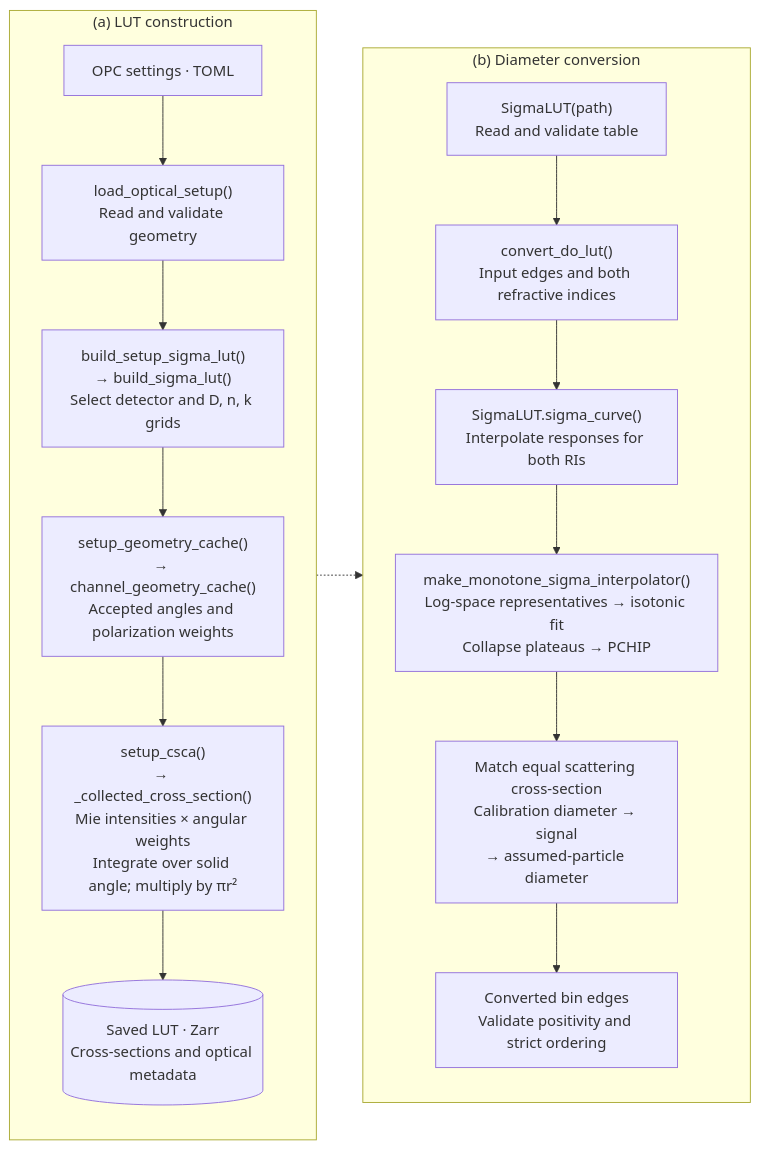
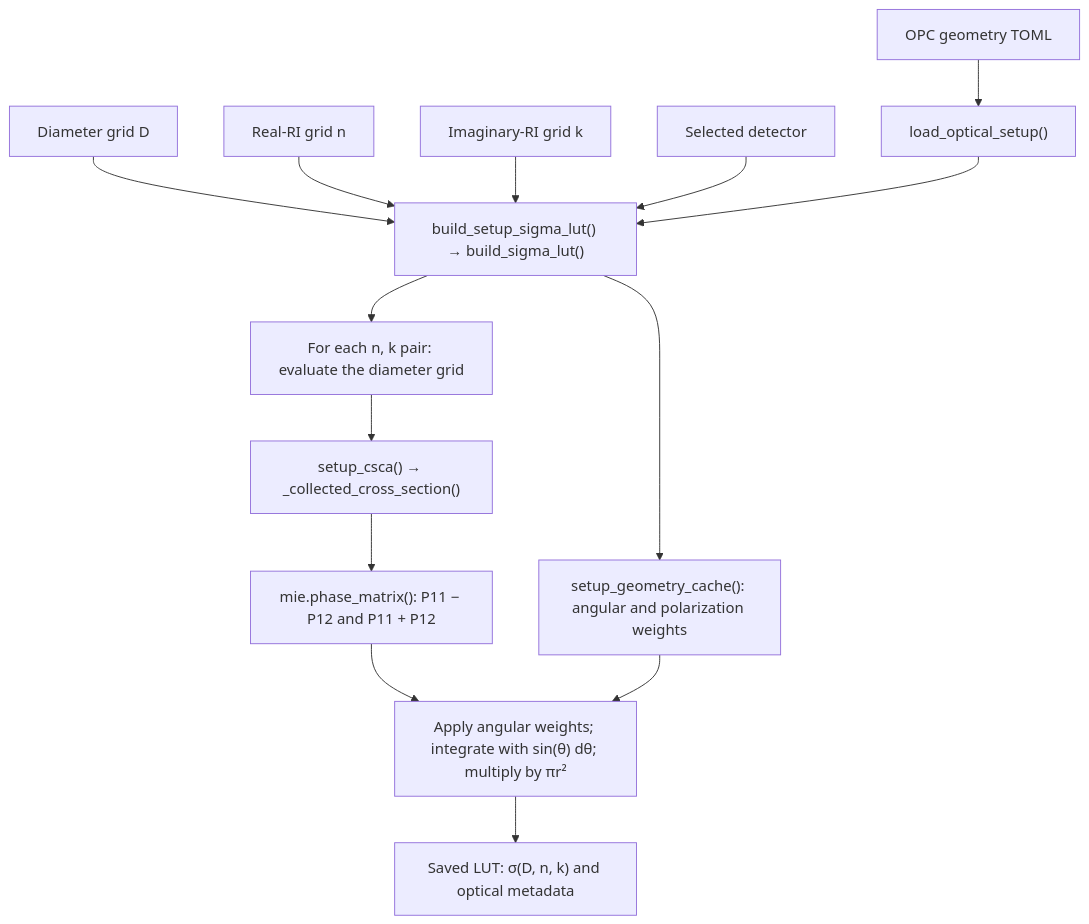
The first of 2 diagrams in docs/figures/optical_workflow.md (bochens/SizeDistMerge), drawn with Mermaid before and after one commit. The commit also changed other lines of this file and 7 other files, not shown here.

````diff
--- a/docs/figures/optical_workflow.md
+++ b/docs/figures/optical_workflow.md
@@ -10,20 +18,16 @@
 ```mermaid
-flowchart LR
-    subgraph A["(a) LUT construction"]
-        direction TB
-        T["OPC settings · TOML"] --> L["load_optical_setup()<br/>Read and validate geometry"]
-        L --> B["build_setup_sigma_lut()<br/>→ build_sigma_lut()<br/>Select detector and D, n, k grids"]
-        B --> C["setup_geometry_cache()<br/>→ channel_geometry_cache()<br/>Accepted angles and polarization weights"]
-        C --> I["setup_csca()<br/>→ _collected_cross_section()<br/>Mie intensities × angular weights<br/>Integrate over solid angle; multiply by πr²"]
-        I --> Z[("Saved LUT · Zarr<br/>Cross-sections and optical metadata")]
-    end
-    subgraph B2["(b) Diameter conversion"]
-        direction TB
-        R["SigmaLUT(path)<br/>Read and validate table"] --> D["convert_do_lut()<br/>Input edges and both refractive indices"]
-        D --> Q["SigmaLUT.sigma_curve()<br/>Interpolate responses for both RIs"]
-        Q --> S["make_monotone_sigma_interpolator()<br/>Log-space representatives → isotonic fit<br/>Collapse plateaus → PCHIP"]
-        S --> M["Match equal scattering cross-section<br/>Calibration diameter → signal<br/>→ assumed-particle diameter"]
-        M --> E["Converted bin edges<br/>Validate positivity and strict ordering"]
-    end
-    Z -.-> R
+flowchart TD
+    T["OPC geometry TOML"] --> L["load_optical_setup()"]
+    D["Diameter grid D"] --> B["build_setup_sigma_lut() → build_sigma_lut()"]
+    N["Real-RI grid n"] --> B
+    K["Imaginary-RI grid k"] --> B
+    C["Selected detector"] --> B
+    L --> B
+    B --> W["setup_geometry_cache(): angular and polarization weights"]
+    B --> P["For each n, k pair: evaluate the diameter grid"]
+    P --> I["setup_csca() → _collected_cross_section()"]
+    I --> M["mie.phase_matrix(): P11 − P12 and P11 + P12"]
+    M --> A["Apply angular weights; integrate with sin(θ) dθ; multiply by πr²"]
+    W --> A
+    A --> Z["Saved LUT: σ(D, n, k) and optical metadata"]
 ```
````
